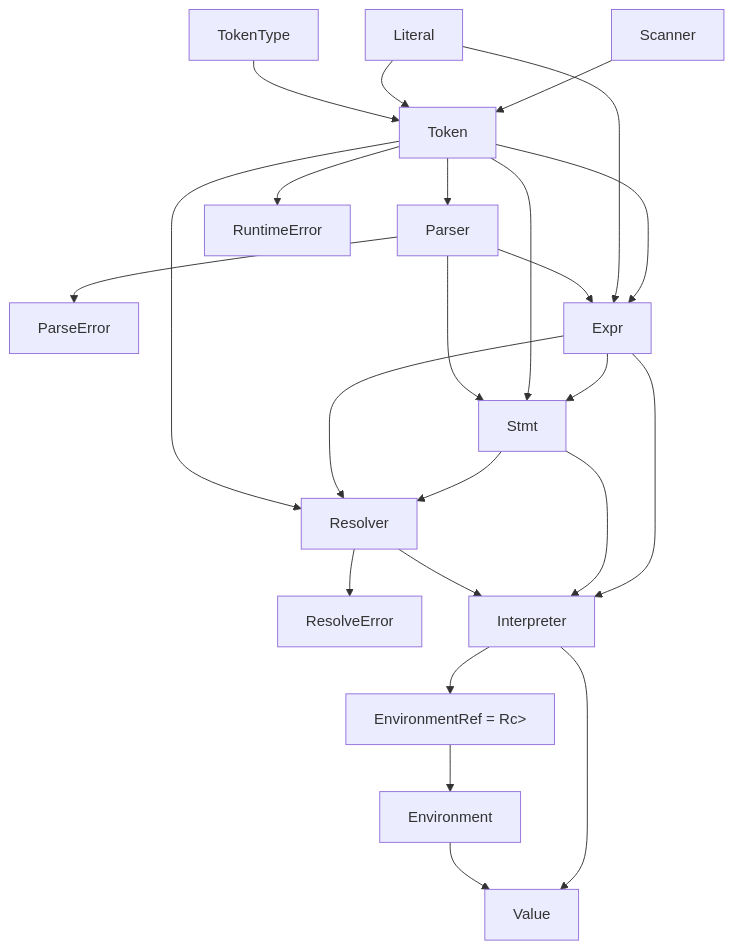
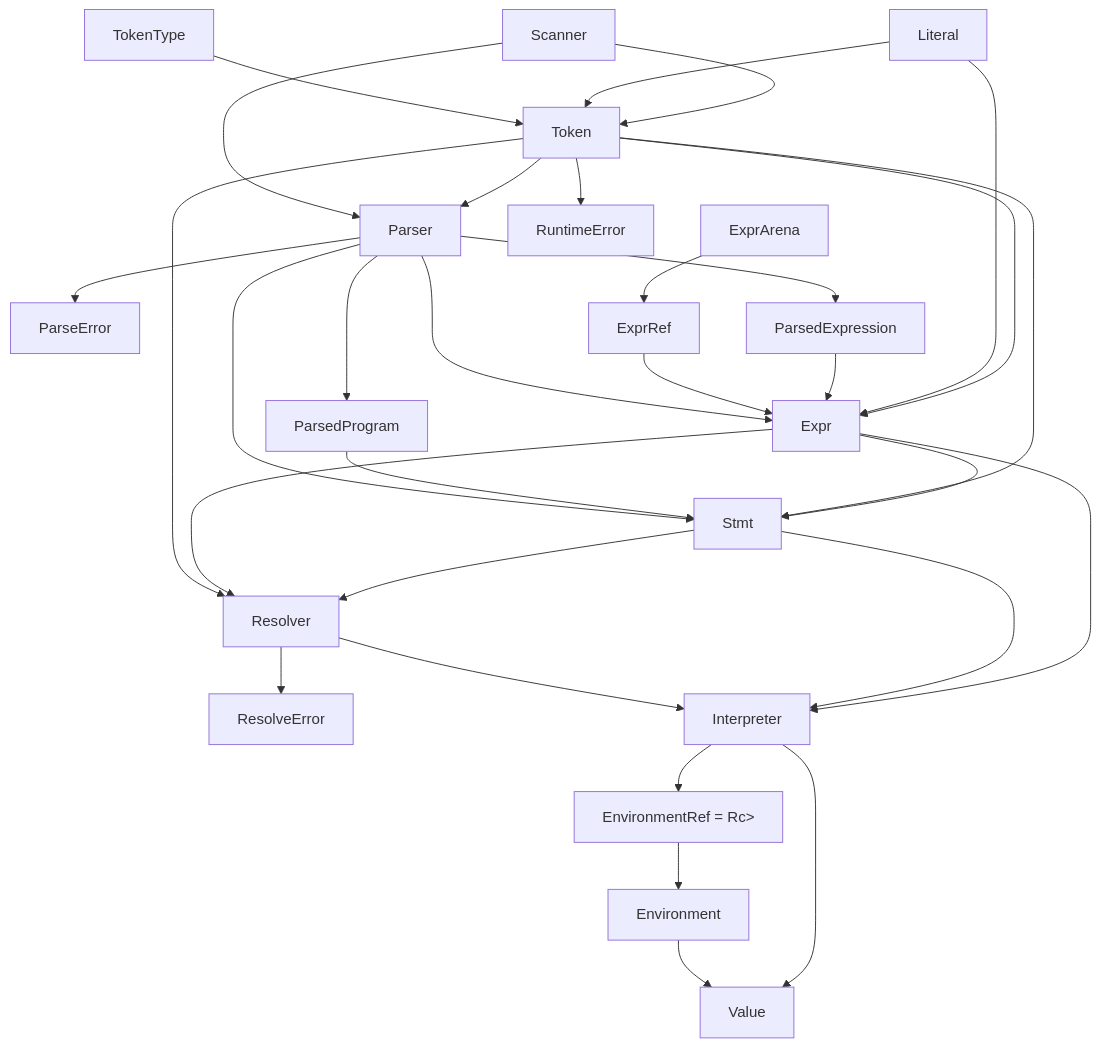
The second of 2 diagrams in tree-walk/ARCHITECTURE.md (qingyu21/oxidized-lox), drawn with Mermaid before and after one commit. The commit also changed other lines of this file and 1 other file, not shown here.

````diff
--- a/tree-walk/ARCHITECTURE.md
+++ b/tree-walk/ARCHITECTURE.md
@@ -64,42 +64,53 @@
 ```mermaid
 flowchart TD
     TokenType["TokenType"]
     Literal["Literal"]
     Token["Token"]
     Scanner["Scanner"]
     ParseError["ParseError"]
     Parser["Parser"]
+    ParsedProgram["ParsedProgram"]
+    ParsedExpression["ParsedExpression"]
     ResolveError["ResolveError"]
     Resolver["Resolver"]
     Expr["Expr"]
+    ExprArena["ExprArena"]
+    ExprRef["ExprRef"]
     Stmt["Stmt"]
     Interpreter["Interpreter"]
     EnvironmentRef["EnvironmentRef = Rc<RefCell<Environment>>"]
     Environment["Environment"]
     Value["Value"]
     RuntimeError["RuntimeError"]
 
     TokenType --> Token
     Literal --> Token
     Scanner --> Token
+    Scanner --> Parser
     Token --> Parser
     Parser --> ParseError
+    Parser --> ParsedProgram
+    Parser --> ParsedExpression
     Parser --> Expr
     Parser --> Stmt
+    ExprArena --> ExprRef
+    ExprRef --> Expr
+    ParsedProgram --> Stmt
+    ParsedExpression --> Expr
     Token --> Resolver
     Expr --> Resolver
     Stmt --> Resolver
     Resolver --> ResolveError
     Resolver --> Interpreter
     Literal --> Expr
     Token --> Expr
     Token --> Stmt
     Expr --> Stmt
     Stmt --> Interpreter
     Expr --> Interpreter
     Interpreter --> EnvironmentRef
     EnvironmentRef --> Environment
     Environment --> Value
     Interpreter --> Value
     Token --> RuntimeError
 ```
````
